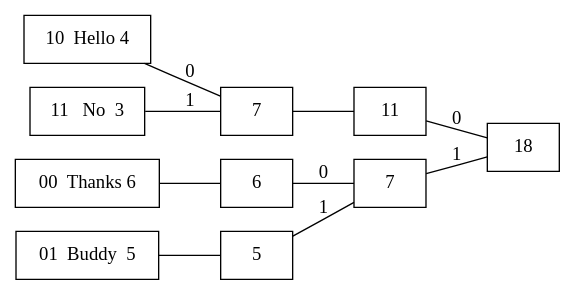
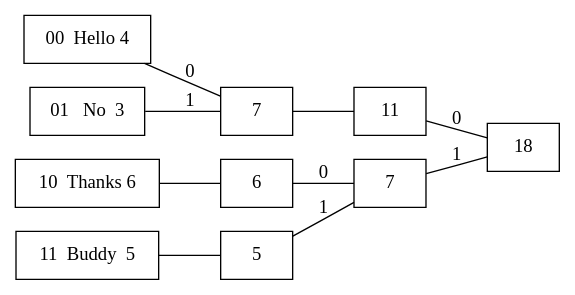
Before and after one commit to TaddyLab/deepir: the diagram in graphs/bht.dot, drawn with Graphviz. The commit also changed 4 other files, not shown here.

```diff
--- a/graphs/bht.dot
+++ b/graphs/bht.dot
@@ -1,24 +1,24 @@
 digraph Tree {
 	rankdir="RL";
 	edge [arrowhead=none];
 	node [shape=box];
 	0 [label="18"] ;
 	0 -> 1 [label = "0"];
 	0 -> 2 [label = "1"];
 	1 [label="11"] ;
 	2 [label="7"] ;
 	1 -> 3 ;
 	2 -> 4 [label = "0"];
 	2 -> 5 [label = "1"];
 	3 [label="7"] ;
 	4 [label="6"] ;
 	5 [label="5"] ;
 	3 -> 8 [label = "0"];
 	3 -> 9 [label = "1"];
 	4 -> 6 ;
 	5 -> 7 ;
-	6 [label="00  Thanks 6"] ;
-	7 [label="01  Buddy  5"] ;
-	8 [label="10  Hello 4"] ;
-	9 [label="11   No  3"] ;
+	6 [label="10  Thanks 6"] ;
+	7 [label="11  Buddy  5"] ;
+	8 [label="00  Hello 4"] ;
+	9 [label="01   No  3"] ;
 }
```
